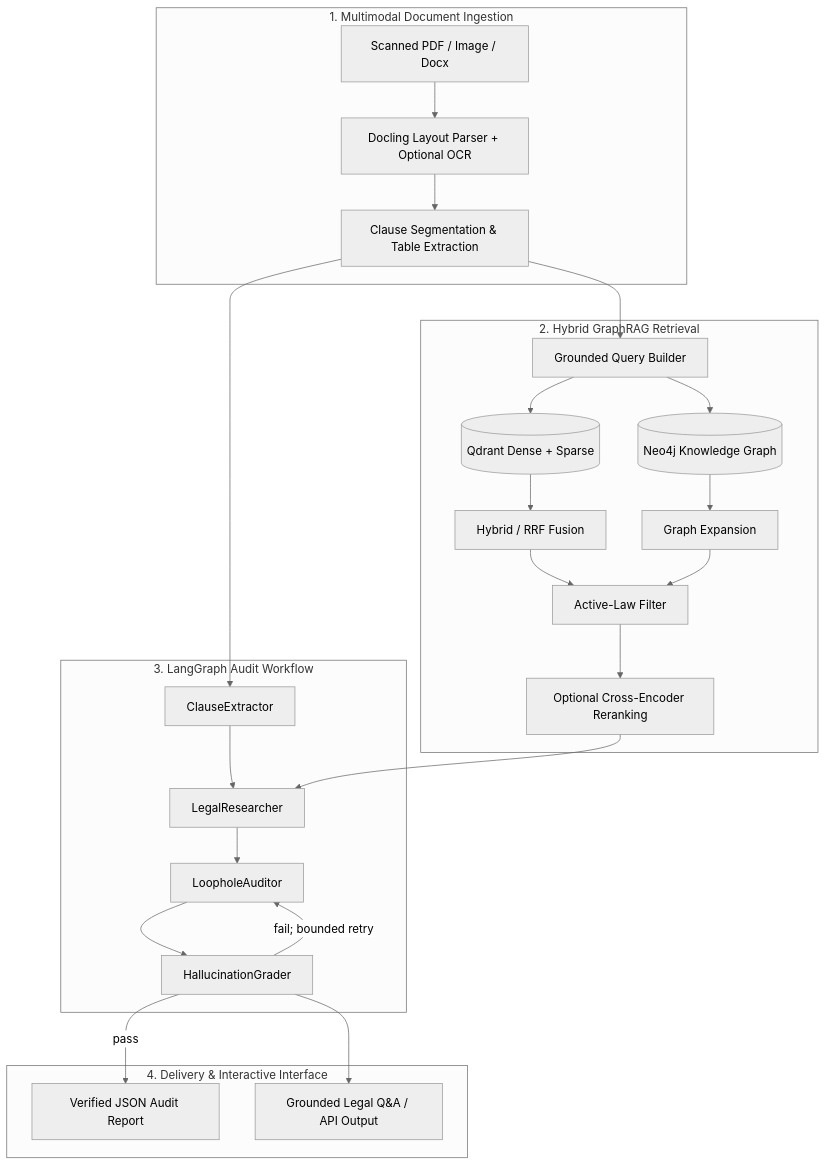
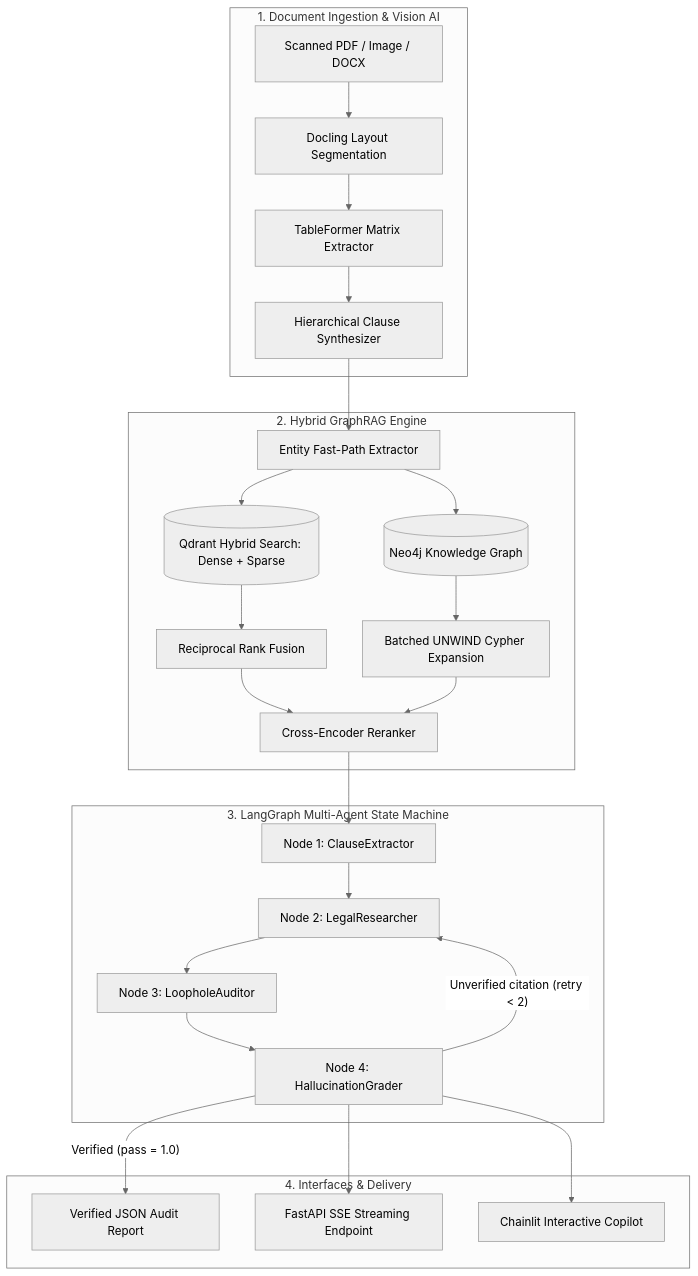
One commit to hotrungtruc/LexiGuard changed the diagram in README.md. Above: the diagram before and after it, drawn with Mermaid (neutral theme). The commit also changed other lines of this file and 115 other files, not shown here.

Commit message:
feat: complete VLegal-Bench & ALQAC benchmarks, enterprise documentation, and multi-agent legal auditor

````diff
--- a/README.md
+++ b/README.md
@@ -218,32 +93,32 @@
 ```mermaid
 graph TD
-    subgraph Ingestion ["1. Multimodal Document Ingestion"]
-        Doc[Scanned PDF / Image / Docx] --> OCR[Docling Layout Parser + Optional OCR]
-        OCR --> Struct[Clause Segmentation & Table Extraction]
+    subgraph Ingestion ["1. Document Ingestion & Vision AI"]
+        Doc[Scanned PDF / Image / DOCX] --> Layout[Docling Layout Segmentation]
+        Layout --> Table[TableFormer Matrix Extractor]
+        Table --> Chunks[Hierarchical Clause Synthesizer]
     end
 
-    subgraph RAG ["2. Hybrid GraphRAG Retrieval"]
-        Struct --> QueryGen[Grounded Query Builder]
-        QueryGen --> VDB[(Qdrant Dense + Sparse)]
-        QueryGen --> KG[(Neo4j Knowledge Graph)]
-        VDB --> RRF[Hybrid / RRF Fusion]
-        KG --> Expand[Graph Expansion]
-        RRF --> Filter[Active-Law Filter]
-        Expand --> Filter
-        Filter --> Context[Optional Cross-Encoder Reranking]
+    subgraph RAG ["2. Hybrid GraphRAG Engine"]
+        Chunks --> FastPath[Entity Fast-Path Extractor]
+        FastPath --> Qdrant[(Qdrant Hybrid Search: Dense + Sparse)]
+        FastPath --> Neo4j[(Neo4j Knowledge Graph)]
+        Qdrant --> RRF[Reciprocal Rank Fusion]
+        Neo4j --> Expansion[Batched UNWIND Cypher Expansion]
+        RRF --> Reranker[Cross-Encoder Reranker]
+        Expansion --> Reranker
     end
 
-    subgraph Agents ["3. LangGraph Audit Workflow"]
-        Struct --> Extract[ClauseExtractor]
-        Extract --> Research[LegalResearcher]
-        Context --> Research
-        Research --> Audit[LoopholeAuditor]
-        Audit --> Grade[HallucinationGrader]
-        Grade -- "fail; bounded retry" --> Audit
+    subgraph Agents ["3. LangGraph Multi-Agent State Machine"]
+        Reranker --> Extractor[Node 1: ClauseExtractor]
+        Extractor --> Researcher[Node 2: LegalResearcher]
+        Researcher --> Auditor[Node 3: LoopholeAuditor]
+        Auditor --> Grader[Node 4: HallucinationGrader]
+        Grader -- "Unverified citation (retry < 2)" --> Researcher
     end
 
-    subgraph Outputs ["4. Delivery & Interactive Interface"]
-        Grade -- "pass" --> Report[Verified JSON Audit Report]
-        Grade --> Chat[Grounded Legal Q&A / API Output]
+    subgraph Output ["4. Interfaces & Delivery"]
+        Grader -- "Verified (pass = 1.0)" --> AuditReport[Verified JSON Audit Report]
+        Grader --> API[FastAPI SSE Streaming Endpoint]
+        Grader --> UI[Chainlit Interactive Copilot]
     end
 ```
````
